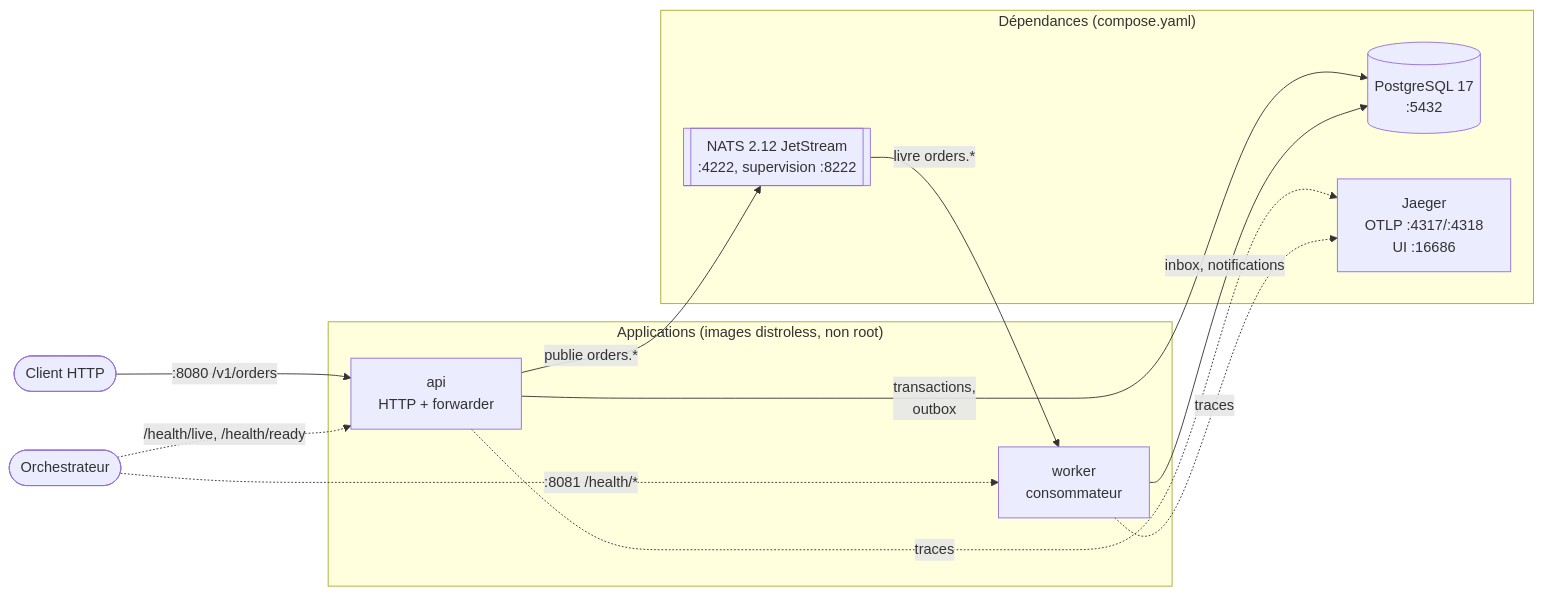
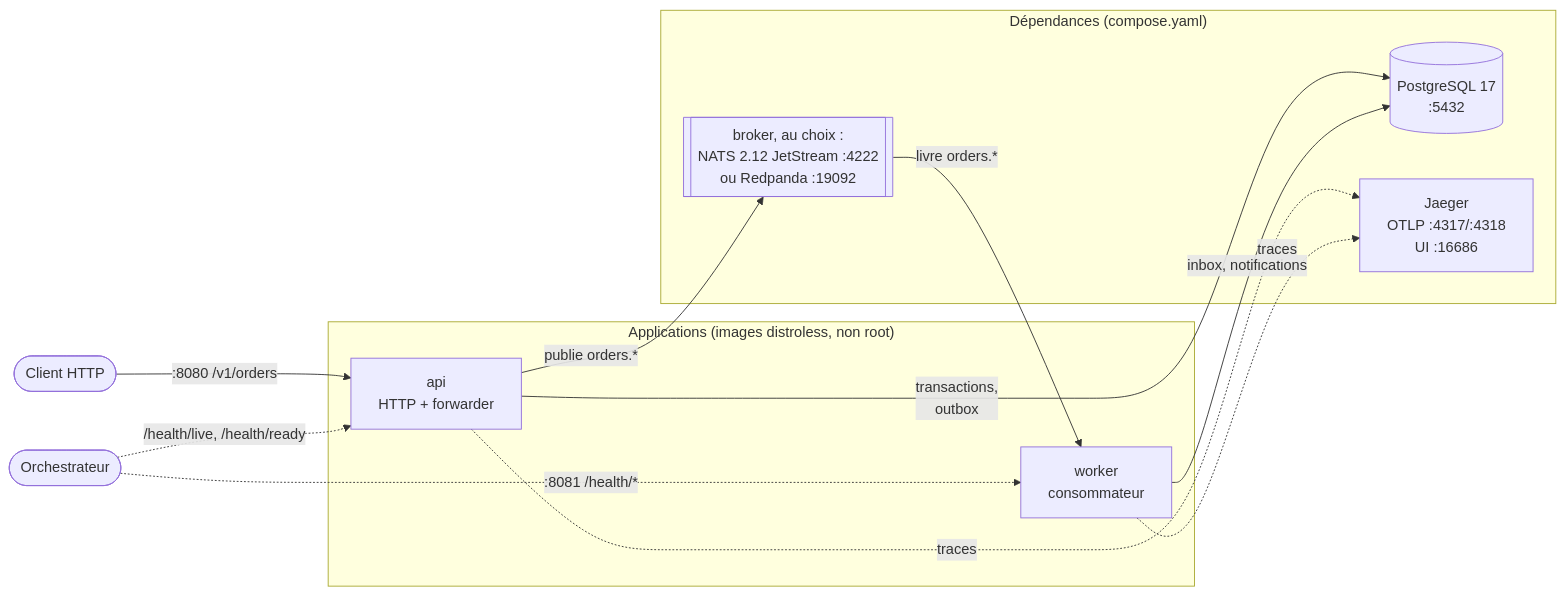
One commit to laurentpoirierfr/go-api-skeleton changed the diagram in assets/07-runtime.md. Above: the diagram before and after it, drawn with Mermaid. The commit also changed other lines of this file and 22 other files, not shown here.

First line of the commit message:
Messagerie au choix : NATS JetStream ou Redpanda, et fichiers .env d'exemple

````diff
--- a/assets/07-runtime.md
+++ b/assets/07-runtime.md
@@ -3,24 +3,24 @@
 ```mermaid
 flowchart LR
     client(["Client HTTP"]) -->|":8080 /v1/orders"| api
     orch(["Orchestrateur"]) -.->|"/health/live, /health/ready"| api
     orch -.->|":8081 /health/*"| worker
 
     subgraph apps["Applications (images distroless, non root)"]
         api["api<br/>HTTP + forwarder"]
         worker["worker<br/>consommateur"]
     end
 
     subgraph deps["Dépendances (compose.yaml)"]
         pg[("PostgreSQL 17<br/>:5432")]
-        nats[["NATS 2.12 JetStream<br/>:4222, supervision :8222"]]
+        nats[["broker, au choix :<br/>NATS 2.12 JetStream :4222<br/>ou Redpanda :19092"]]
         jaeger["Jaeger<br/>OTLP :4317/:4318<br/>UI :16686"]
     end
 
     api -->|"transactions,<br/>outbox"| pg
     api -->|"publie orders.*"| nats
     nats -->|"livre orders.*"| worker
     worker -->|"inbox, notifications"| pg
     api -.->|"traces"| jaeger
     worker -.->|"traces"| jaeger
 ```
````
